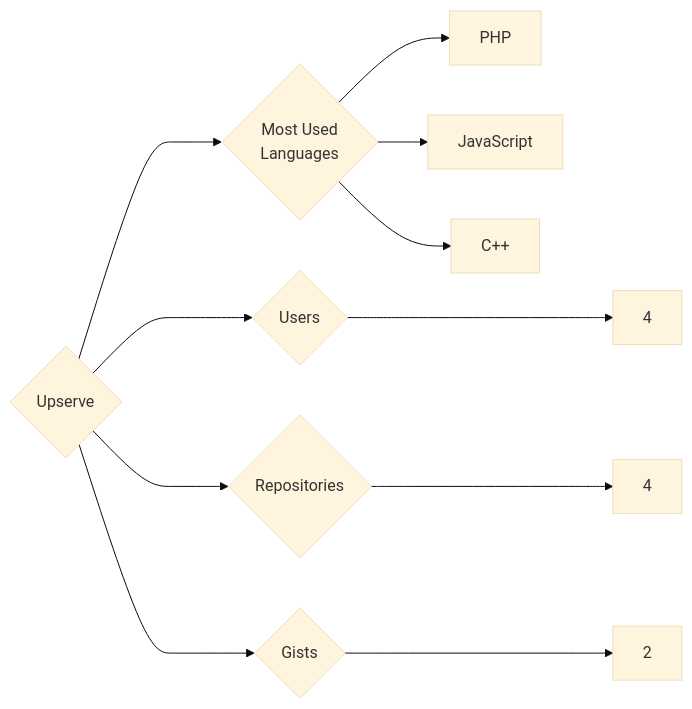
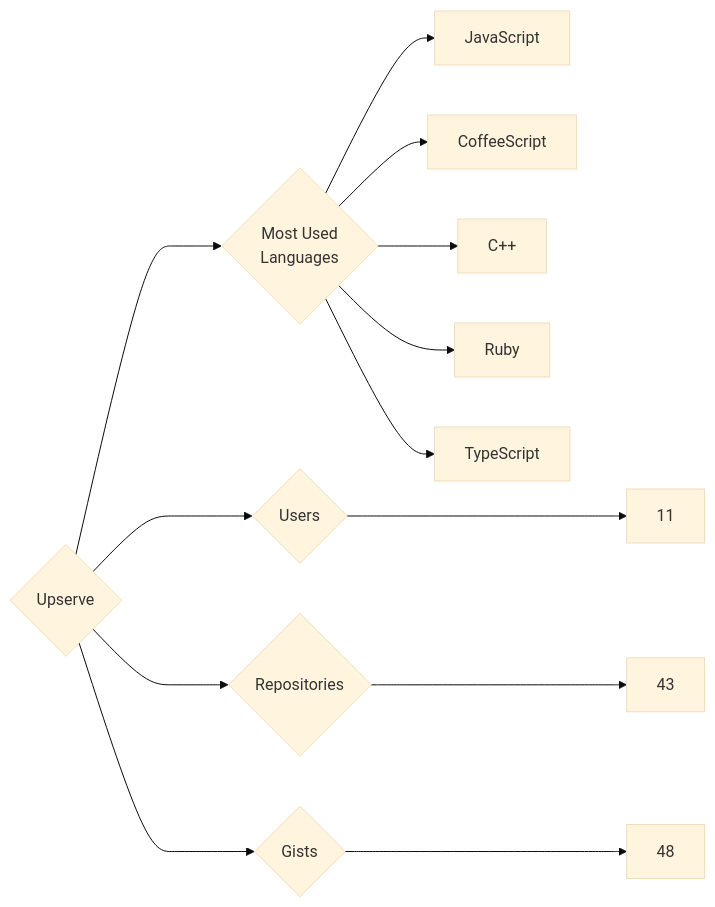
Before and after one commit to trickest/insiders: the diagram in targets/Upserve/README.md, drawn with Mermaid (base theme). The commit also changed 1479 other files, not shown here.

````diff
--- a/targets/Upserve/README.md
+++ b/targets/Upserve/README.md
@@ -3,11 +3,13 @@
 ```mermaid
 graph LR
 COMPANY_NAME{Upserve}
-COMPANY_NAME ---> U{Users} ---> UN[4]
-COMPANY_NAME ---> R{Repositories} ---> RN[4]
-COMPANY_NAME ---> G{Gists} ---> GN[2]
+COMPANY_NAME ---> U{Users} ---> UN[11]
+COMPANY_NAME ---> R{Repositories} ---> RN[43]
+COMPANY_NAME ---> G{Gists} ---> GN[48]
 COMPANY_NAME ---> ML{Most Used<br>Languages}
-ML --> PHP[PHP]
 ML --> JavaScript[JavaScript]
+ML --> CoffeeScript[CoffeeScript]
 ML --> C++[C++]
+ML --> Ruby[Ruby]
+ML --> TypeScript[TypeScript]
 ```
````
